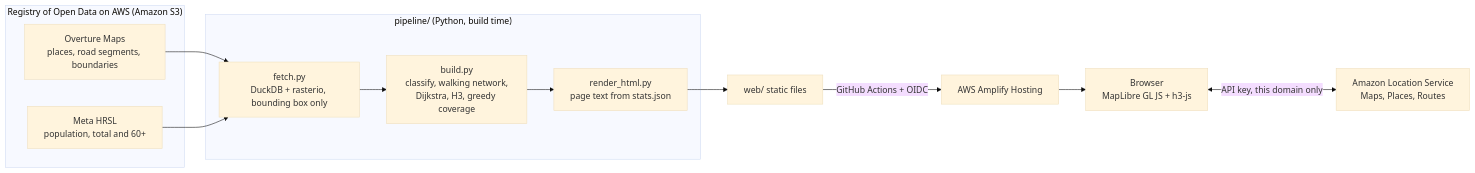
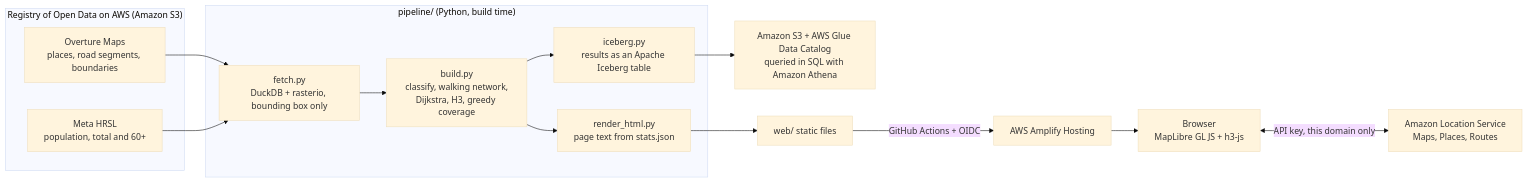
Before and after one commit to Josegas/Refugio-mapa-de-refugios-contra-el-calor: the first of 2 diagrams in README.md, drawn with Mermaid (base theme). The commit also changed other lines of this file and 6 other files, not shown here.

Commit message:
Show the Iceberg table in the architecture diagram, about page and README

````diff
--- a/README.md
+++ b/README.md
@@ -41,17 +41,19 @@
 ```mermaid
 flowchart LR
   subgraph S3["Registry of Open Data on AWS (Amazon S3)"]
     O["Overture Maps<br/>places, road segments, boundaries"]
     H["Meta HRSL<br/>population, total and 60+"]
   end
   subgraph P["pipeline/ (Python, build time)"]
     F["fetch.py<br/>DuckDB + rasterio, bounding box only"] --> B["build.py<br/>classify, walking network,<br/>Dijkstra, H3, greedy coverage"]
     B --> R["render_html.py<br/>page text from stats.json"]
+    B --> I["iceberg.py<br/>results as an Apache Iceberg table"]
   end
+  I --> T["Amazon S3 + AWS Glue Data Catalog<br/>queried in SQL with Amazon Athena"]
   O --> F
   H --> F
   R --> W["web/ static files"]
   W -- "GitHub Actions + OIDC" --> A["AWS Amplify Hosting"]
   A --> U["Browser<br/>MapLibre GL JS + h3-js"]
   U <-->|"API key, this domain only"| L["Amazon Location Service<br/>Maps, Places, Routes"]
 ```
````
